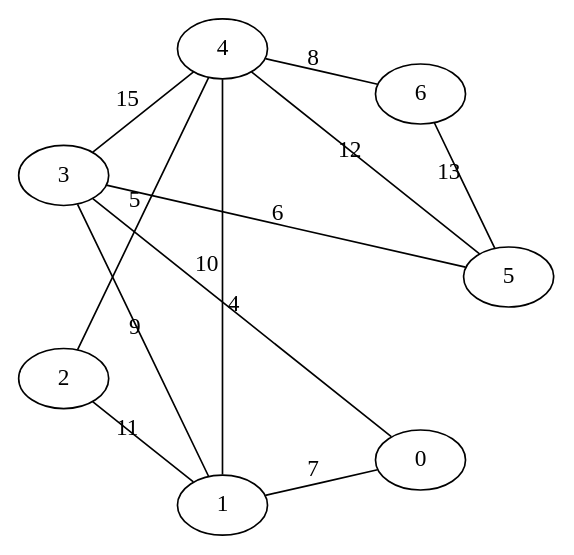
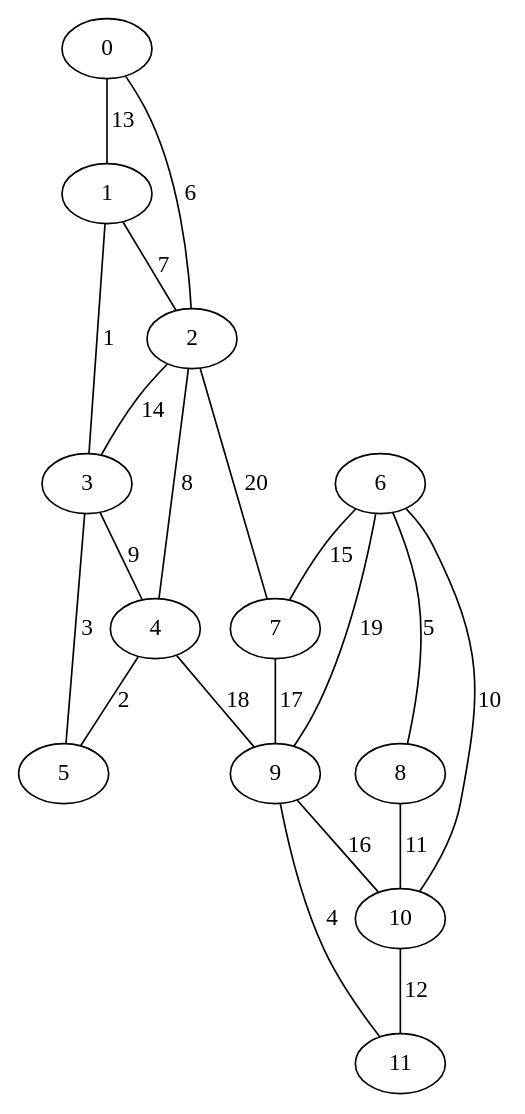
The diagram in graph.dot (colbylarue/boruvka), drawn with Graphviz before and after one commit. The commit also changed 1 other file, not shown here.

```diff
--- a/graph.dot
+++ b/graph.dot
@@ -1,23 +1,37 @@
 graph "Example Graph" {
 graph [
-  layout=circo;
+  layout=dot;
 ];
 "0";
 "1";
 "2";
 "3";
 "4";
 "5";
 "6";
-"0" -- "1"  [ label="7", weight="7" ]
-"0" -- "3"  [ label="4", weight="4" ]
-"1" -- "2"  [ label="11", weight="11" ]
-"1" -- "3"  [ label="9", weight="9" ]
-"1" -- "4"  [ label="10", weight="10" ]
-"2" -- "4"  [ label="5", weight="5" ]
-"3" -- "4"  [ label="15", weight="15" ]
-"3" -- "5"  [ label="6", weight="6" ]
-"4" -- "5"  [ label="12", weight="12" ]
-"4" -- "6"  [ label="8", weight="8" ]
-"5" -- "6"  [ label="13", weight="13" ]
+"7";
+"8";
+"9";
+"10";
+"11";
+"0" -- "1"  [ label="13", weight="13" ]
+"0" -- "2"  [ label="6", weight="6" ]
+"1" -- "2"  [ label="7", weight="7" ]
+"1" -- "3"  [ label="1", weight="1" ]
+"2" -- "3"  [ label="14", weight="14" ]
+"2" -- "4"  [ label="8", weight="8" ]
+"3" -- "4"  [ label="9", weight="9" ]
+"3" -- "5"  [ label="3", weight="3" ]
+"4" -- "5"  [ label="2", weight="2" ]
+"2" -- "7"  [ label="20", weight="20" ]
+"4" -- "9"  [ label="18", weight="18" ]
+"6" -- "7"  [ label="15", weight="15" ]
+"6" -- "8"  [ label="5", weight="5" ]
+"6" -- "9"  [ label="19", weight="19" ]
+"6" -- "10"  [ label="10", weight="10" ]
+"7" -- "9"  [ label="17", weight="17" ]
+"8" -- "10"  [ label="11", weight="11" ]
+"9" -- "10"  [ label="16", weight="16" ]
+"9" -- "11"  [ label="4", weight="4" ]
+"10" -- "11"  [ label="12", weight="12" ]
 }
```
